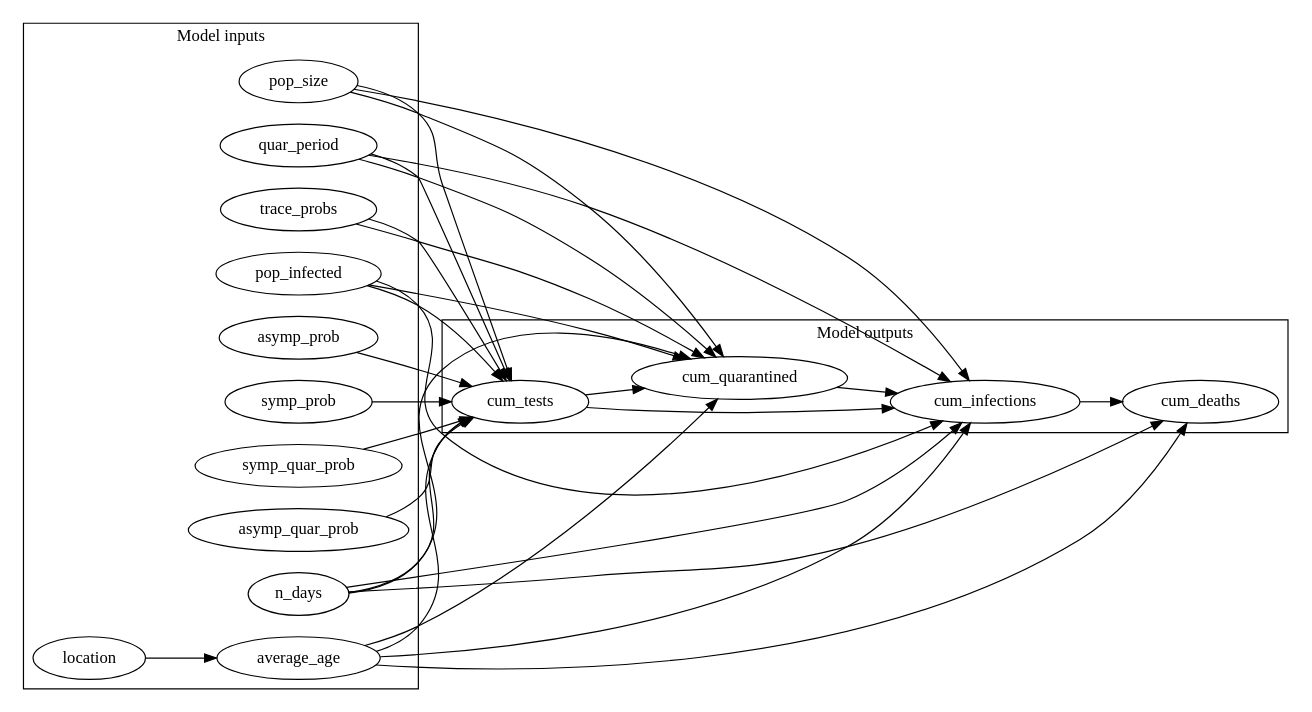
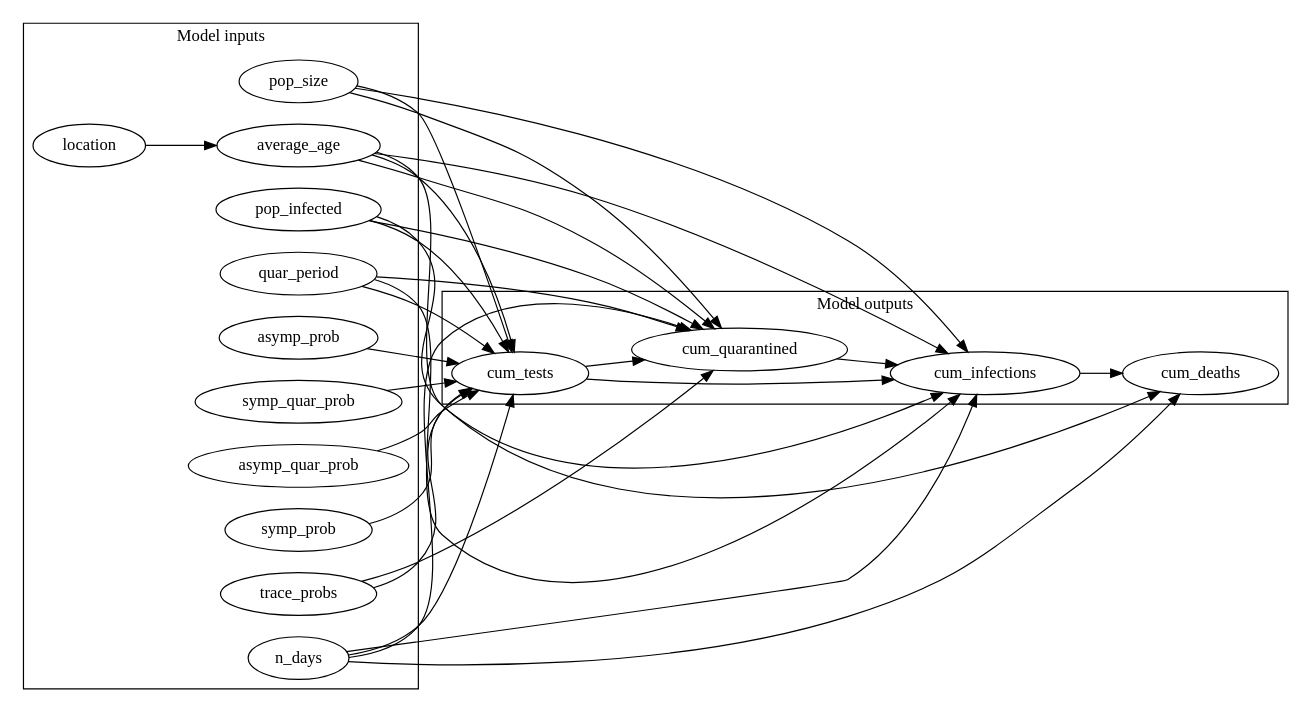
The diagram in scenarios/abstract/dags/compare_interventions_basic.dot (CITCOM-project/causcumber), drawn with Graphviz before and after one commit. The commit also changed other lines of this file and 5 other files, not shown here.

```diff
--- a/scenarios/abstract/dags/compare_interventions_basic.dot
+++ b/scenarios/abstract/dags/compare_interventions_basic.dot
@@ -1,54 +1,54 @@
 digraph "" {
 	graph [newrank=True,
 		rankdir=LR
 	];
+	subgraph cluster_outputs {
+		graph [label="Model outputs"];
+		cum_quarantined;
+		cum_infections;
+		cum_deaths;
+		cum_tests;
+	}
 	subgraph cluster_inputs {
 		graph [label="Model inputs"];
+		location;
+		asymp_prob;
+		trace_probs;
+		symp_quar_prob;
+		quar_period;
+		pop_infected;
+		asymp_quar_prob;
+		n_days;
 		symp_prob;
-		symp_quar_prob;
+		pop_size;
 		average_age;
-		trace_probs;
-		pop_infected;
-		asymp_prob;
-		n_days;
-		quar_period;
-		location;
-		asymp_quar_prob;
-		pop_size;
 	}
-	subgraph cluster_outputs {
-		graph [label="Model outputs"];
-		cum_infections;
-		cum_quarantined;
-		cum_tests;
-		cum_deaths;
-	}
-	symp_prob -> cum_tests;
-	symp_quar_prob -> cum_tests;
-	average_age -> cum_infections;
-	average_age -> cum_quarantined;
-	average_age -> cum_tests;
-	average_age -> cum_deaths;
+	location -> average_age;
+	asymp_prob -> cum_tests;
 	trace_probs -> cum_quarantined;
 	trace_probs -> cum_tests;
+	symp_quar_prob -> cum_tests;
+	quar_period -> cum_quarantined;
+	quar_period -> cum_infections;
+	quar_period -> cum_tests;
+	pop_infected -> cum_quarantined;
 	pop_infected -> cum_infections;
-	pop_infected -> cum_quarantined;
 	pop_infected -> cum_tests;
-	asymp_prob -> cum_tests;
+	asymp_quar_prob -> cum_tests;
+	n_days -> cum_quarantined;
 	n_days -> cum_infections;
-	n_days -> cum_quarantined;
+	n_days -> cum_deaths;
 	n_days -> cum_tests;
-	n_days -> cum_deaths;
-	quar_period -> cum_infections;
-	quar_period -> cum_quarantined;
-	quar_period -> cum_tests;
-	location -> average_age;
-	asymp_quar_prob -> cum_tests;
+	symp_prob -> cum_tests;
+	pop_size -> cum_quarantined;
 	pop_size -> cum_infections;
-	pop_size -> cum_quarantined;
 	pop_size -> cum_tests;
+	average_age -> cum_quarantined;
+	average_age -> cum_infections;
+	average_age -> cum_deaths;
+	average_age -> cum_tests;
+	cum_quarantined -> cum_infections;
 	cum_infections -> cum_deaths;
-	cum_quarantined -> cum_infections;
+	cum_tests -> cum_quarantined;
 	cum_tests -> cum_infections;
-	cum_tests -> cum_quarantined;
 }
```
